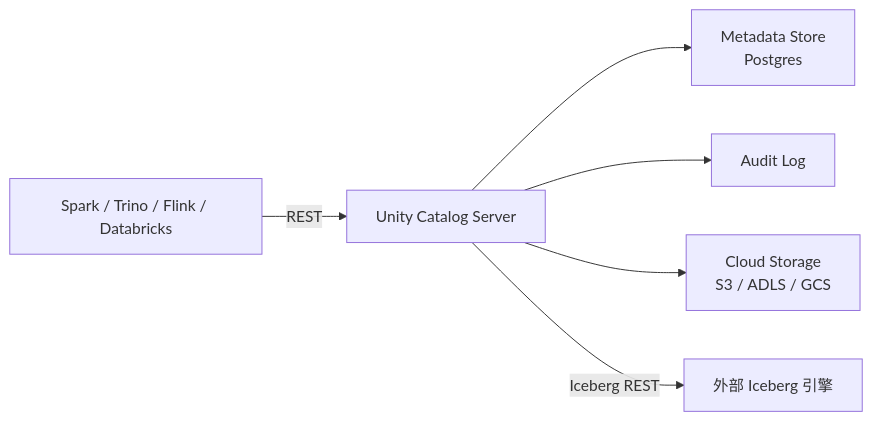
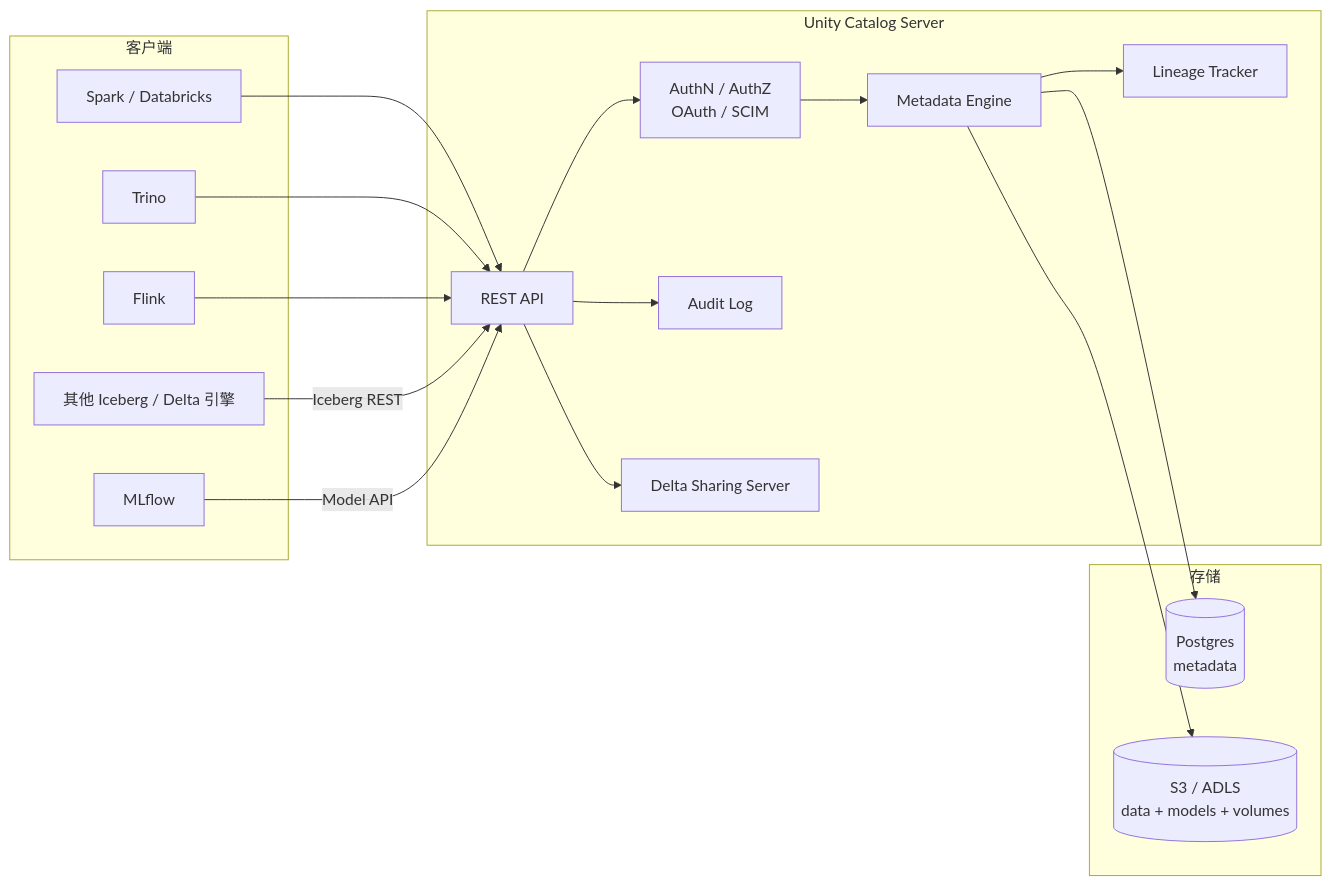
Before and after one commit to wangyong9999/lakehouse-wiki: the diagram in docs/catalog/unity-catalog.md, drawn with Mermaid. The commit also changed other lines of this file and 1 other file, not shown here.

Commit message:
content(R1A.5): Catalog 核心深化 iceberg-rest-catalog/unity-catalog 升 S 级

````diff
--- a/docs/catalog/unity-catalog.md
+++ b/docs/catalog/unity-catalog.md
@@ -29,8 +75,34 @@
 ```mermaid
 flowchart LR
-  client[Spark / Trino / Flink / Databricks] -->|REST| uc[Unity Catalog Server]
-  uc --> meta[Metadata Store<br/>Postgres]
-  uc --> audit[Audit Log]
-  uc --> blob[Cloud Storage<br/>S3 / ADLS / GCS]
-  uc -->|Iceberg REST| external[外部 Iceberg 引擎]
+  subgraph "客户端"
+    spark[Spark / Databricks]
+    trino[Trino]
+    flink[Flink]
+    ext[其他 Iceberg / Delta 引擎]
+    ml[MLflow]
+  end
+
+  subgraph "Unity Catalog Server"
+    api[REST API]
+    auth[AuthN / AuthZ<br/>OAuth / SCIM]
+    meta[Metadata Engine]
+    lineage[Lineage Tracker]
+    audit[Audit Log]
+    share[Delta Sharing Server]
+  end
+
+  subgraph "存储"
+    pg[(Postgres<br/>metadata)]
+    s3[(S3 / ADLS<br/>data + models + volumes)]
+  end
+
+  spark & trino & flink --> api
+  ext -->|Iceberg REST| api
+  ml -->|Model API| api
+  api --> auth --> meta
+  meta --> pg
+  meta --> lineage
+  api --> audit
+  api --> share
+  meta --> s3
 ```
````
